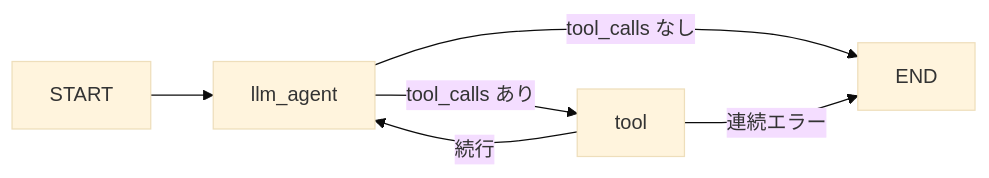
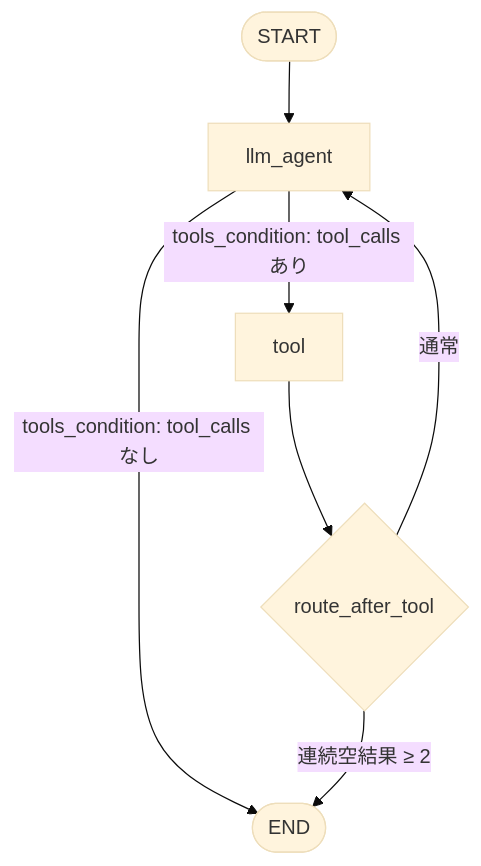
Before and after one commit to koichi2426/Shoppie: the second of 3 diagrams in docs/langgraph-agent.md, drawn with Mermaid (base theme). The commit also changed other lines of this file and 5 other files, not shown here.

````diff
--- a/docs/langgraph-agent.md
+++ b/docs/langgraph-agent.md
@@ -11,8 +69,9 @@
 ```mermaid
-flowchart LR
-    START --> LLM[llm_agent]
-    LLM -->|tool_calls あり| TOOL[tool]
-    LLM -->|tool_calls なし| END
-    TOOL -->|続行| LLM
-    TOOL -->|連続エラー| END
+flowchart TD
+    START([START]) --> LLM[llm_agent]
+    LLM -->|tools_condition: tool_calls あり| TOOL[tool]
+    LLM -->|tools_condition: tool_calls なし| END_NODE([END])
+    TOOL --> ROUTE{route_after_tool}
+    ROUTE -->|通常| LLM
+    ROUTE -->|連続空結果 ≥ 2| END_NODE
 ```
````
